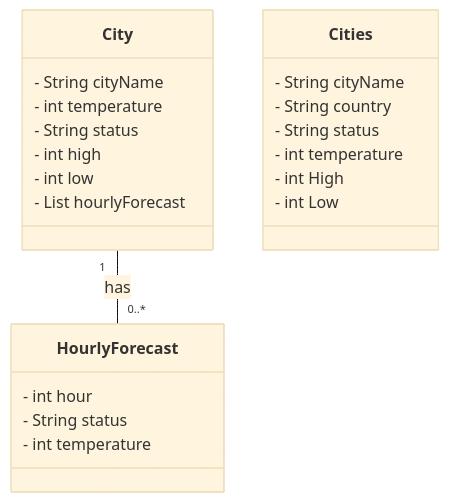
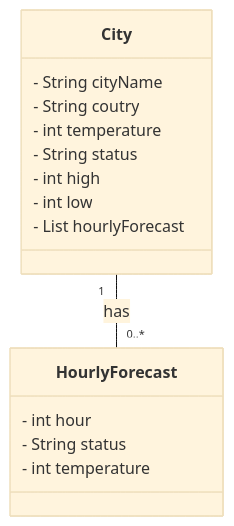
One commit to KayandeSouzaPereira/desafio-dio-rest changed the diagram in README.md. Above: the diagram before and after it, drawn with Mermaid (base theme).

````diff
--- a/README.md
+++ b/README.md
@@ -5,30 +5,22 @@
 ```mermaid
 
 classDiagram
     class City {
         - String cityName
+        - String coutry
         - int temperature
         - String status
         - int high
         - int low
         - List<HourlyForecast> hourlyForecast
     }
 
     class HourlyForecast {
         - int hour
         - String status
         - int temperature
     }
 
-     class Cities {
-        - String cityName
-        - String country
-        - String status
-        - int temperature
-        - int High
-        - int Low
-    }
-
     City "1" -- "0..*" HourlyForecast : has
 
 ```
````
